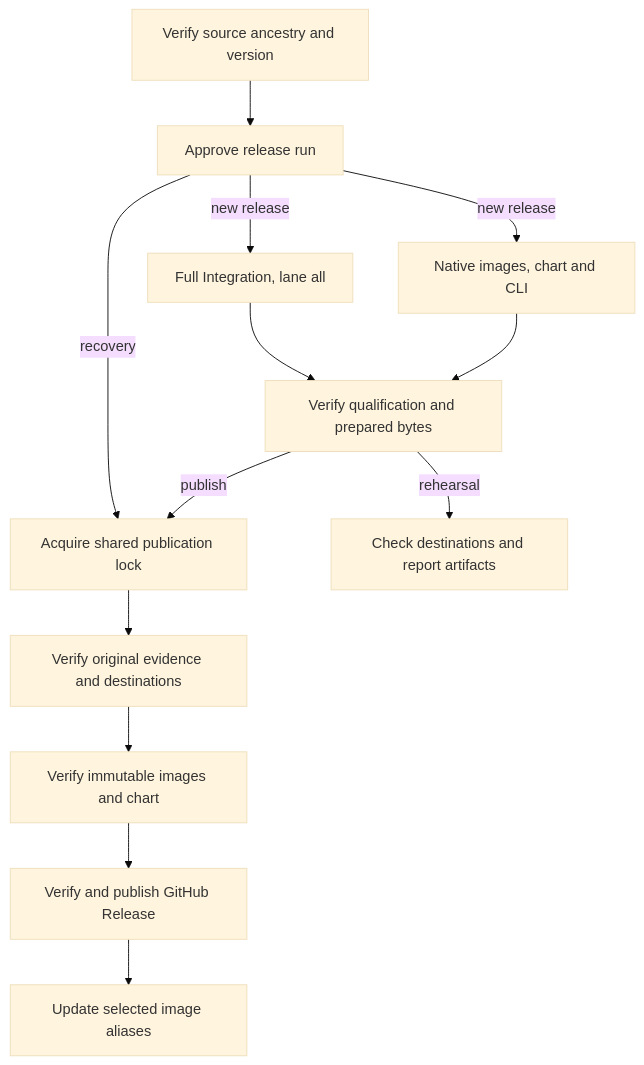
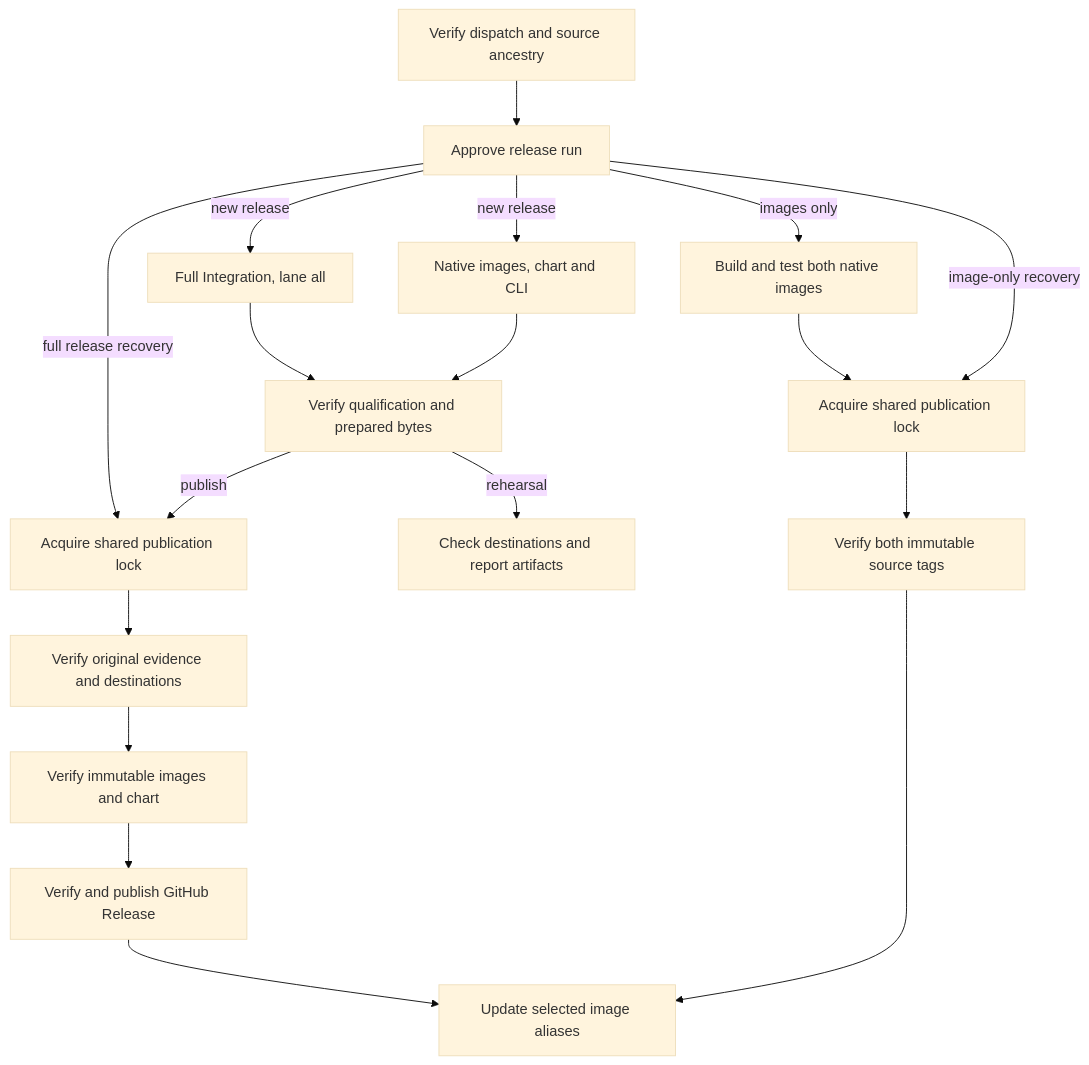
The diagram in docs/flows/release-oce.md (openclaw/openclaw-enterprise), drawn with Mermaid (base theme) before and after one commit. The commit also changed other lines of this file and 15 other files, not shown here.

First line of the commit message:
Allow approved image-only publication from Release OCE (#7411)

````diff
--- a/docs/flows/release-oce.md
+++ b/docs/flows/release-oce.md
@@ -26,15 +25,20 @@
 ```mermaid
 graph TD
-  Gate["Verify source ancestry and version"] --> Approval["Approve release run"]
+  Gate["Verify dispatch and source ancestry"] --> Approval["Approve release run"]
   Approval -->|new release| Tests["Full Integration, lane all"]
   Approval -->|new release| Build["Native images, chart and CLI"]
   Tests --> Check["Verify qualification and prepared bytes"]
   Build --> Check
-  Approval -->|recovery| Lock
+  Approval -->|full release recovery| Lock
   Check -->|rehearsal| End["Check destinations and report artifacts"]
   Check -->|publish| Lock["Acquire shared publication lock"]
   Lock --> Recheck["Verify original evidence and destinations"]
   Recheck --> Image["Verify immutable images and chart"]
   Image --> CLI["Verify and publish GitHub Release"]
   CLI --> Alias["Update selected image aliases"]
+  Approval -->|images only| Native["Build and test both native images"]
+  Native --> ImageLock["Acquire shared publication lock"]
+  Approval -->|image-only recovery| ImageLock
+  ImageLock --> Sha["Verify both immutable source tags"]
+  Sha --> Alias
 ```
````
